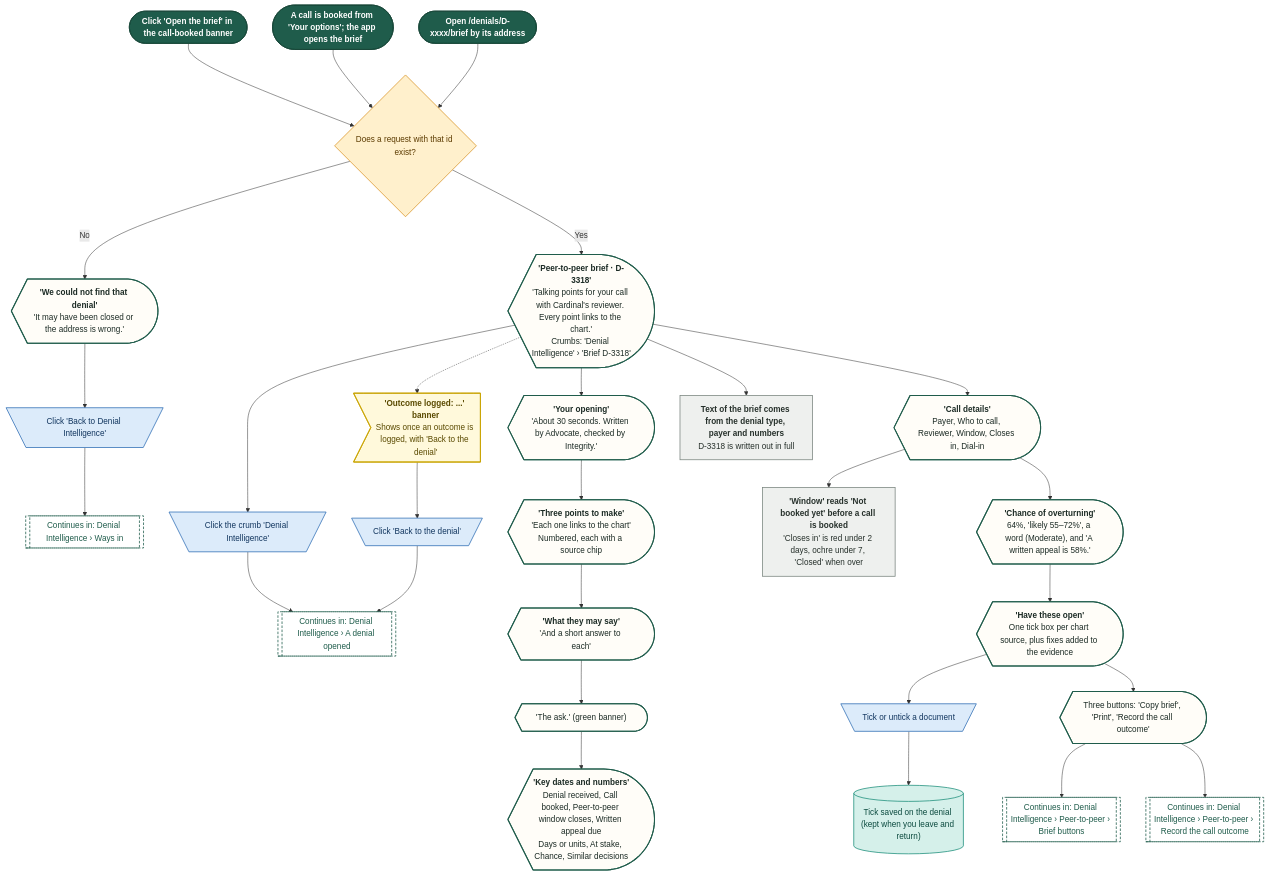
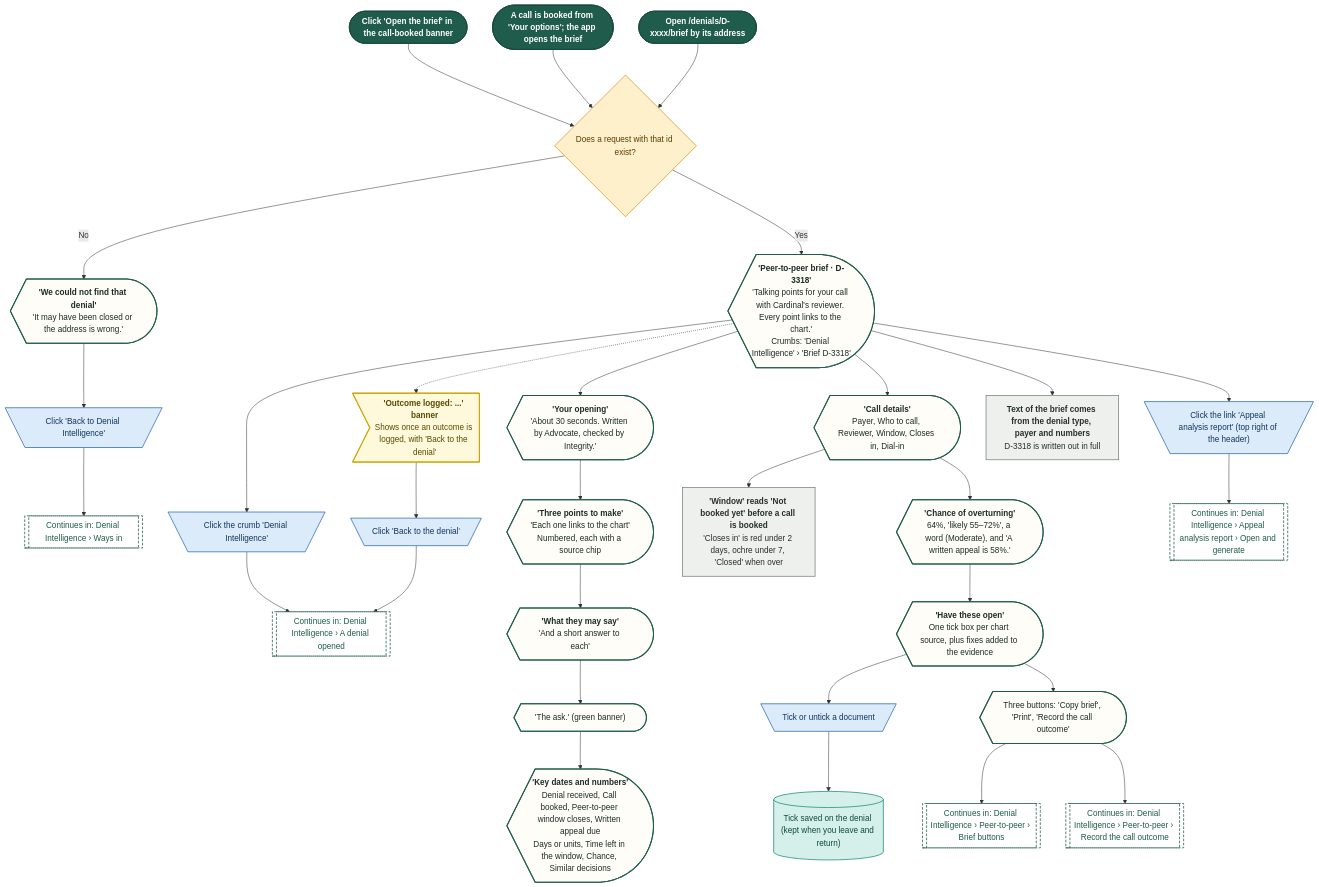
One commit to Shrav143/psyfloapp changed the diagram in demos/prior-auth-demo/workflows/out/mmd/06-denials/21-brief-page.mmd. Above: the diagram before and after it, drawn with Mermaid. The commit also changed 39 other files, not shown here.

First line of the commit message:
docs: appeal analysis report in the site map and README; rebuild the workflow diagrams (225)

```diff
--- a/demos/prior-auth-demo/workflows/out/mmd/06-denials/21-brief-page.mmd
+++ b/demos/prior-auth-demo/workflows/out/mmd/06-denials/21-brief-page.mmd
@@ -1,66 +1,69 @@
 %%{init: {"theme":"base","themeVariables":{"fontFamily":"'DM Sans', 'Segoe UI', system-ui, sans-serif","fontSize":"15px","lineColor":"#5B6B63","primaryTextColor":"#1C2B25","clusterBkg":"#FBF8F3","clusterBorder":"#D9CDBB","edgeLabelBackground":"#FFFFFF"},"flowchart":{"curve":"basis","nodeSpacing":36,"rankSpacing":48,"padding":12,"htmlLabels":true,"useMaxWidth":false,"wrappingWidth":230}} }%%
 flowchart TD
   classDef k_start fill:#1F5C4B,stroke:#174638,color:#FFFFFF,stroke-width:1.5px,font-weight:600
   classDef k_end fill:#DDEFE3,stroke:#2E7D4F,color:#14502F,stroke-width:1.5px,font-weight:600
   classDef k_endx fill:#FBE3E0,stroke:#C0392B,color:#7A1F16,stroke-width:1.5px,font-weight:600
   classDef k_screen fill:#FFFDF8,stroke:#1F5C4B,color:#1C2B25,stroke-width:2px
   classDef k_overlay fill:#F1F7F3,stroke:#1F5C4B,color:#1C2B25,stroke-width:2px,stroke-dasharray:5 3
   classDef k_click fill:#DCEBFA,stroke:#2F6DB5,color:#12365F,stroke-width:1.5px
   classDef k_input fill:#E4E7FF,stroke:#4C5FD5,color:#1D2670,stroke-width:1.5px
   classDef k_process fill:#EEF0EE,stroke:#7A857F,color:#26302B,stroke-width:1.5px
   classDef k_agent fill:#EEE5FA,stroke:#7A4FC2,color:#341A63,stroke-width:1.5px
   classDef k_decision fill:#FFF0CC,stroke:#D9962B,color:#5C3B00,stroke-width:1.5px
   classDef k_store fill:#D5F0EA,stroke:#1C8E7B,color:#0B4A3F,stroke-width:1.5px
   classDef k_doc fill:#F6E9DC,stroke:#B07A4C,color:#4A2E14,stroke-width:1.5px
   classDef k_ext fill:#FFE6D2,stroke:#E07B39,color:#6B2F06,stroke-width:1.5px
   classDef k_wait fill:#E4E8EE,stroke:#6B7C93,color:#26303D,stroke-width:1.5px
   classDef k_toast fill:#FFF9DB,stroke:#C9A400,color:#5A4A00,stroke-width:1.5px
   classDef k_goto fill:#FFFFFF,stroke:#1F5C4B,color:#1F5C4B,stroke-width:1.5px,stroke-dasharray:5 3
   s1@{ shape: stadium, label: "Click 'Open the brief' in the call-booked banner" }
   s2@{ shape: stadium, label: "A call is booked from 'Your options'; the app opens the brief" }
   s3@{ shape: stadium, label: "Open /denials/D-xxxx/brief by its address" }
   d1@{ shape: diam, label: "Does a request with that id exist?" }
   e1@{ shape: curv-trap, label: "<b>'We could not find that denial'</b><br/>'It may have been closed or the address is wrong.'" }
   c0@{ shape: trap-t, label: "Click 'Back to Denial Intelligence'" }
   g0@{ shape: subproc, label: "Continues in: Denial Intelligence › Ways in" }
   sc1@{ shape: curv-trap, label: "<b>'Peer-to-peer brief · D-3318'</b><br/>'Talking points for your call with Cardinal's reviewer. Every point links to the chart.'<br/>Crumbs: 'Denial Intelligence' › 'Brief D-3318'" }
   c1@{ shape: trap-t, label: "Click the crumb 'Denial Intelligence'" }
   g1@{ shape: subproc, label: "Continues in: Denial Intelligence › A denial opened" }
   b1@{ shape: odd, label: "<b>'Outcome logged: ...' banner</b><br/>Shows once an outcome is logged, with 'Back to the denial'" }
   c2@{ shape: trap-t, label: "Click 'Back to the denial'" }
   l1@{ shape: curv-trap, label: "<b>'Your opening'</b><br/>'About 30 seconds. Written by Advocate, checked by Integrity.'" }
   l2@{ shape: curv-trap, label: "<b>'Three points to make'</b><br/>'Each one links to the chart'<br/>Numbered, each with a source chip" }
   l3@{ shape: curv-trap, label: "<b>'What they may say'</b><br/>'And a short answer to each'" }
   l4@{ shape: curv-trap, label: "'The ask.' (green banner)" }
-  l5@{ shape: curv-trap, label: "<b>'Key dates and numbers'</b><br/>Denial received, Call booked, Peer-to-peer window closes, Written appeal due<br/>Days or units, At stake, Chance, Similar decisions" }
+  l5@{ shape: curv-trap, label: "<b>'Key dates and numbers'</b><br/>Denial received, Call booked, Peer-to-peer window closes, Written appeal due<br/>Days or units, Time left in the window, Chance, Similar decisions" }
   r1@{ shape: curv-trap, label: "<b>'Call details'</b><br/>Payer, Who to call, Reviewer, Window, Closes in, Dial-in" }
   p1@{ shape: rect, label: "<b>'Window' reads 'Not booked yet' before a call is booked</b><br/>'Closes in' is red under 2 days, ochre under 7, 'Closed' when over" }
   r2@{ shape: curv-trap, label: "<b>'Chance of overturning'</b><br/>64%, 'likely 55–72%', a word (Moderate), and 'A written appeal is 58%.'" }
   r3@{ shape: curv-trap, label: "<b>'Have these open'</b><br/>One tick box per chart source, plus fixes added to the evidence" }
   c3@{ shape: trap-t, label: "Tick or untick a document" }
   st1@{ shape: cyl, label: "Tick saved on the denial (kept when you leave and return)" }
   r4@{ shape: curv-trap, label: "Three buttons: 'Copy brief', 'Print', 'Record the call outcome'" }
   g2@{ shape: subproc, label: "Continues in: Denial Intelligence › Peer-to-peer › Brief buttons" }
   g3@{ shape: subproc, label: "Continues in: Denial Intelligence › Peer-to-peer › Record the call outcome" }
+  c4@{ shape: trap-t, label: "Click the link 'Appeal analysis report' (top right of the header)" }
+  g4@{ shape: subproc, label: "Continues in: Denial Intelligence › Appeal analysis report › Open and generate" }
   p0@{ shape: rect, label: "<b>Text of the brief comes from the denial type, payer and numbers</b><br/>D-3318 is written out in full" }
   s1 --> d1
   s2 --> d1
   s3 --> d1
   d1 -->|"No"| e1 --> c0 --> g0
   d1 -->|"Yes"| sc1
   sc1 --> p0
   sc1 --> c1 --> g1
+  sc1 --> c4 --> g4
   sc1 -.-> b1 --> c2 --> g1
   sc1 --> l1 --> l2 --> l3 --> l4 --> l5
   sc1 --> r1 --> p1
   r1 --> r2 --> r3 --> c3 --> st1
   r3 --> r4 --> g2
   r4 --> g3
   class s1,s2,s3 k_start
   class d1 k_decision
   class e1,sc1,l1,l2,l3,l4,l5,r1,r2,r3,r4 k_screen
-  class c0,c1,c2,c3 k_click
-  class g0,g1,g2,g3 k_goto
+  class c0,c1,c2,c3,c4 k_click
+  class g0,g1,g2,g3,g4 k_goto
   class b1 k_toast
   class p1,p0 k_process
   class st1 k_store
```
